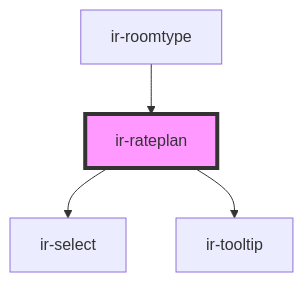
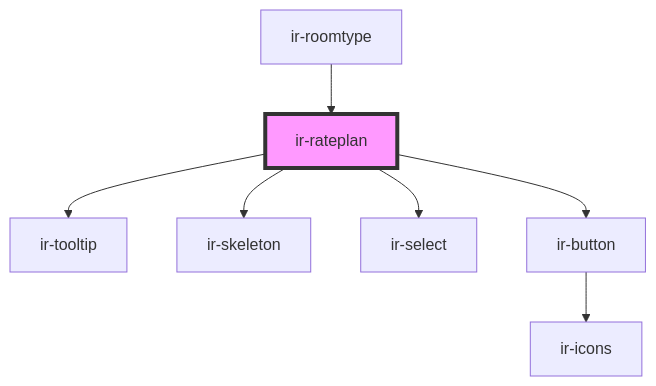
The diagram in src/components/ir-booking-engine/ir-booking-page/ir-rateplan/readme.md (RonyRizk/ir-be), drawn with Mermaid before and after one commit. The commit also changed other lines of this file and 144 other files, not shown here.

````diff
--- a/src/components/ir-booking-engine/ir-booking-page/ir-rateplan/readme.md
+++ b/src/components/ir-booking-engine/ir-booking-page/ir-rateplan/readme.md
@@ -37,7 +39,10 @@
 ```mermaid
 graph TD;
+  ir-rateplan --> ir-tooltip
+  ir-rateplan --> ir-skeleton
   ir-rateplan --> ir-select
-  ir-rateplan --> ir-tooltip
+  ir-rateplan --> ir-button
+  ir-button --> ir-icons
   ir-roomtype --> ir-rateplan
   style ir-rateplan fill:#f9f,stroke:#333,stroke-width:4px
 ```
````
